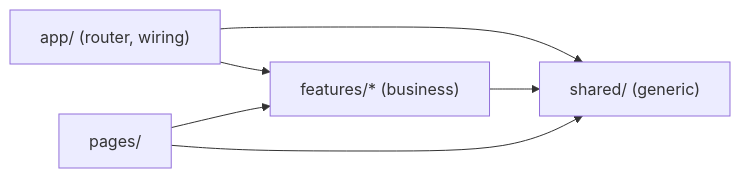
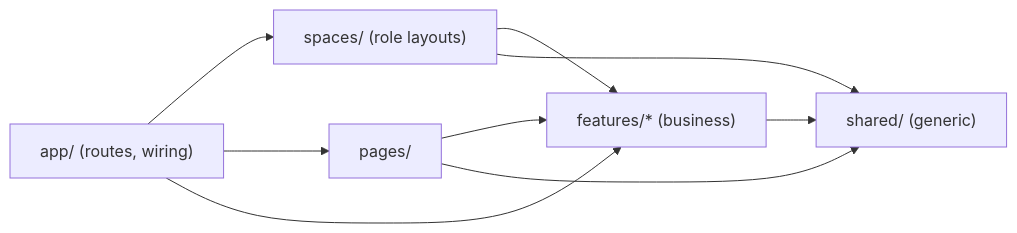
One commit to assali-mohamed-ali/medlink-dashboard changed the first of 4 diagrams in docs/ONBOARDING.md. Above: the diagram before and after it, drawn with Mermaid. The commit also changed other lines of this file and 25 other files, not shown here.

````diff
--- a/docs/ONBOARDING.md
+++ b/docs/ONBOARDING.md
@@ -77,8 +87,11 @@
 ```mermaid
 flowchart LR
-  app["app/ (router, wiring)"] --> features["features/* (business)"]
-  app --> shared
+  app["app/ (routes, wiring)"] --> spaces["spaces/ (role layouts)"]
+  app --> pages["pages/"]
+  app --> features
+  spaces --> features["features/* (business)"]
+  pages --> features
+  spaces --> shared
+  pages --> shared
   features --> shared["shared/ (generic)"]
-  pages["pages/"] --> features
-  pages --> shared
 ```
````
